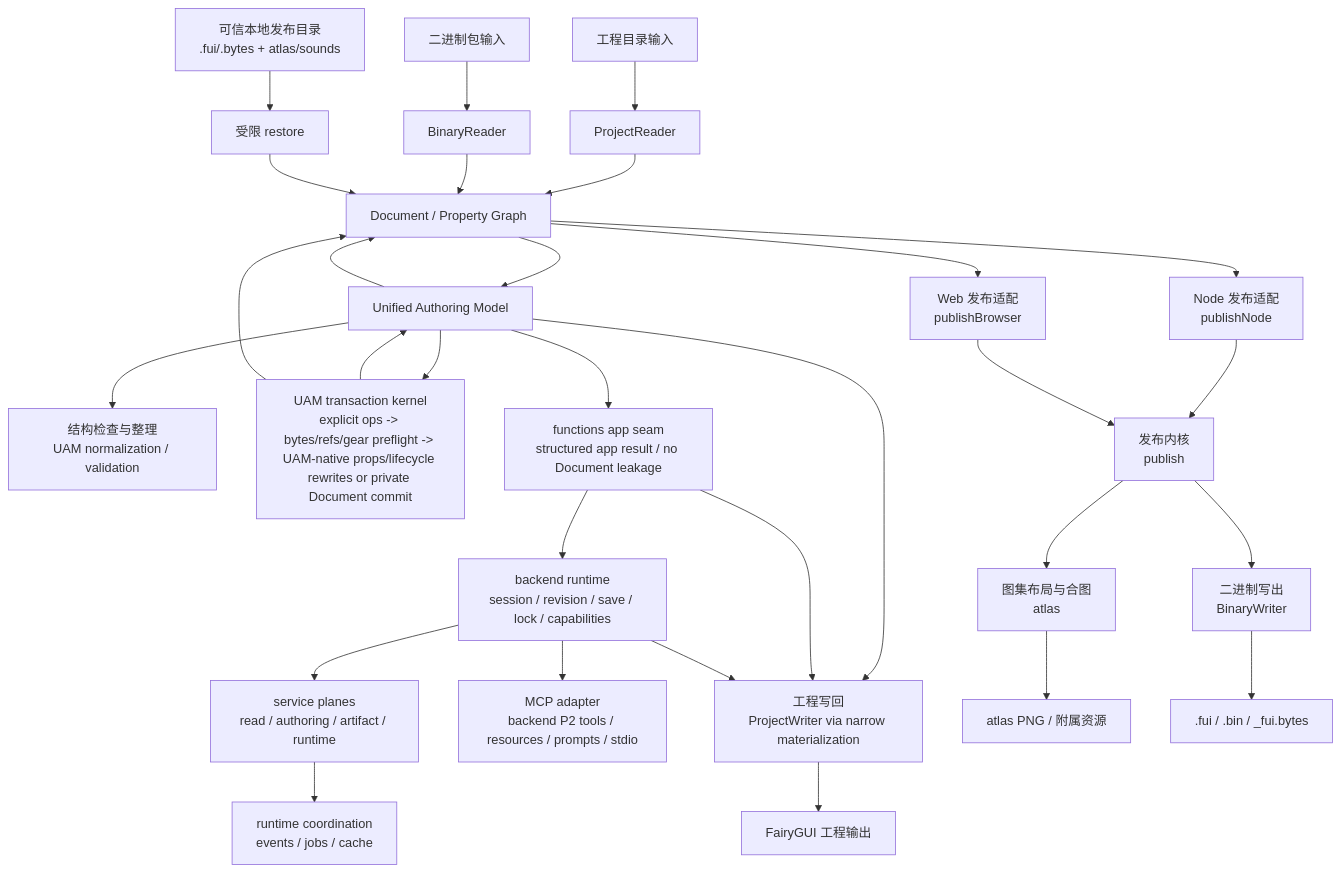
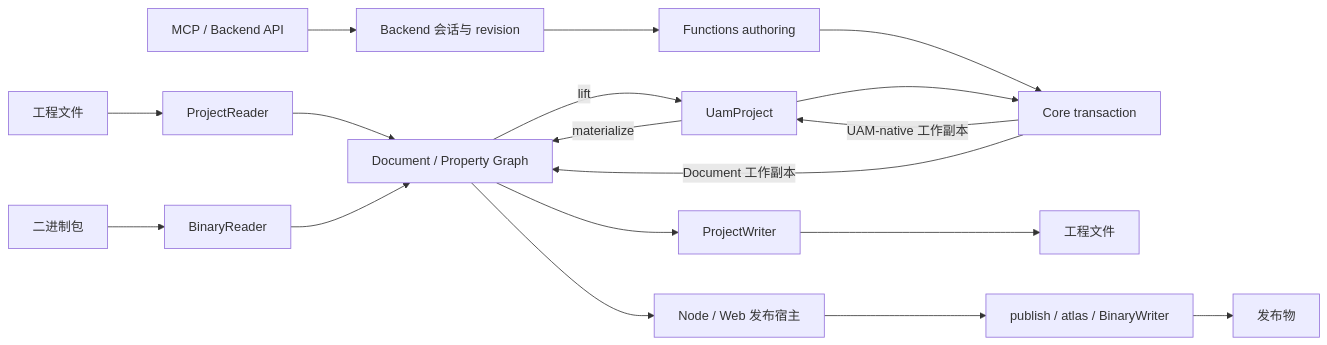
One commit to OpenFairyGUI/OpenFairyGUI changed the diagram in docs/architecture-overview.md. Above: the diagram before and after it, drawn with Mermaid. The commit also changed other lines of this file and 1 other file, not shown here.

Commit message:
docs: consolidate architecture ownership and safety boundaries

````diff
--- a/docs/architecture-overview.md
+++ b/docs/architecture-overview.md
@@ -335,32 +28,14 @@
 ```mermaid
-flowchart TD
-    A["工程目录输入"] --> B["ProjectReader"]
-    X["二进制包输入"] --> Y["BinaryReader"]
-    R["可信本地发布目录<br/>.fui/.bytes + atlas/sounds"] --> S["受限 restore"]
-    B --> C["Document / Property Graph"]
-    Y --> C
-    S --> C
-    C --> U["Unified Authoring Model"]
-    U --> D["结构检查与整理<br/>UAM normalization / validation"]
-    U --> T["UAM transaction kernel<br/>explicit ops -> bytes/refs/gear preflight -> UAM-native props/lifecycle rewrites or private Document commit"]
-    U --> A2["functions app seam<br/>structured app result / no Document leakage"]
-    A2 --> B2["backend runtime<br/>session / revision / save / lock / capabilities"]
-    B2 --> B3["service planes<br/>read / authoring / artifact / runtime"]
-    B3 --> B4["runtime coordination<br/>events / jobs / cache"]
-    B2 --> M1["MCP adapter<br/>backend P2 tools / resources / prompts / stdio"]
-    T --> U
-    T --> C
-    U --> F["工程写回<br/>ProjectWriter via narrow materialization"]
-    A2 --> F
-    B2 --> F
-    U --> C
-    C --> EN["Node 发布适配<br/>publishNode"]
-    C --> EW["Web 发布适配<br/>publishBrowser"]
-    EN --> E["发布内核<br/>publish"]
-    EW --> E
-    E --> G["图集布局与合图<br/>atlas"]
-    E --> H["二进制写出<br/>BinaryWriter"]
-    F --> I["FairyGUI 工程输出"]
-    G --> J["atlas PNG / 附属资源"]
-    H --> K[".fui / .bin / _fui.bytes"]
+flowchart LR
+    SOURCE["工程文件"] --> READER["ProjectReader"] --> DOC["Document / Property Graph"]
+    BINARY["二进制包"] --> BR["BinaryReader"] --> DOC
+    DOC -->|lift| UAM["UamProject"]
+    UAM -->|materialize| DOC
+    MCP["MCP / Backend API"] --> SESSION["Backend 会话与 revision"]
+    SESSION --> APP["Functions authoring"] --> TX["Core transaction"]
+    UAM --> TX
+    TX -->|UAM-native 工作副本| UAM
+    TX -->|Document 工作副本| DOC
+    DOC --> WRITER["ProjectWriter"] --> OUTPUT["工程文件"]
+    DOC --> HOST["Node / Web 发布宿主"] --> PUBLISH["publish / atlas / BinaryWriter"] --> ART["发布物"]
 ```
````
